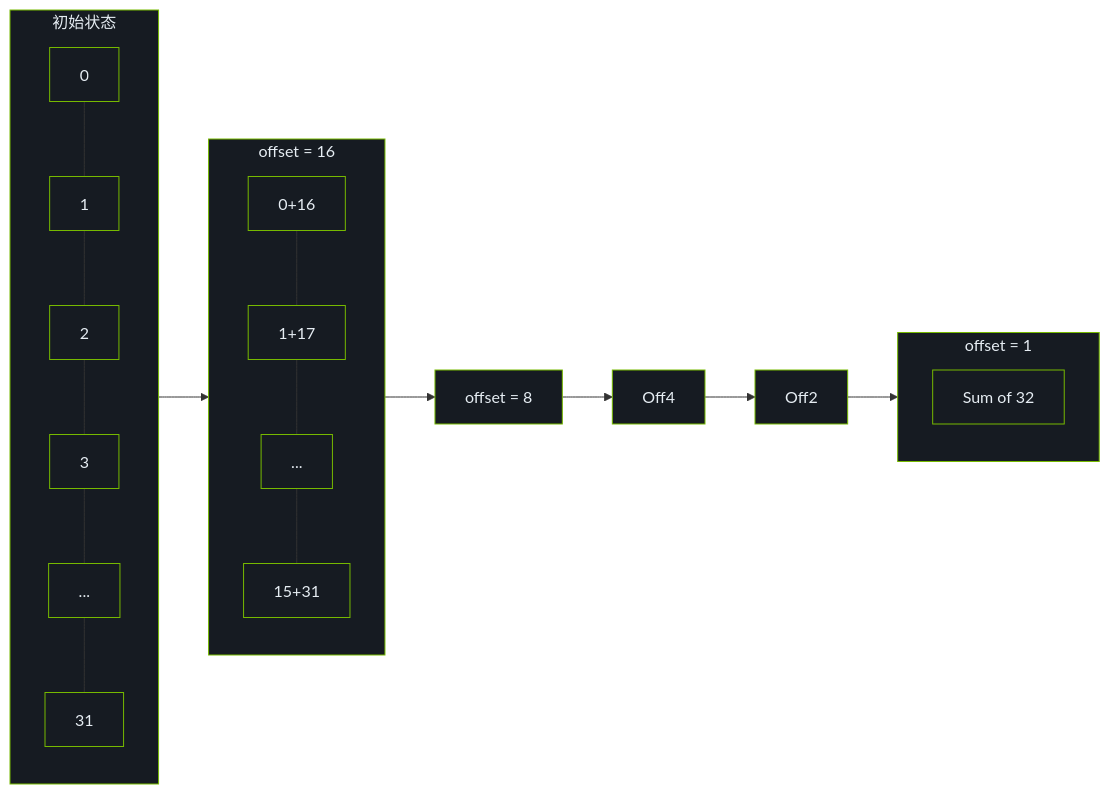
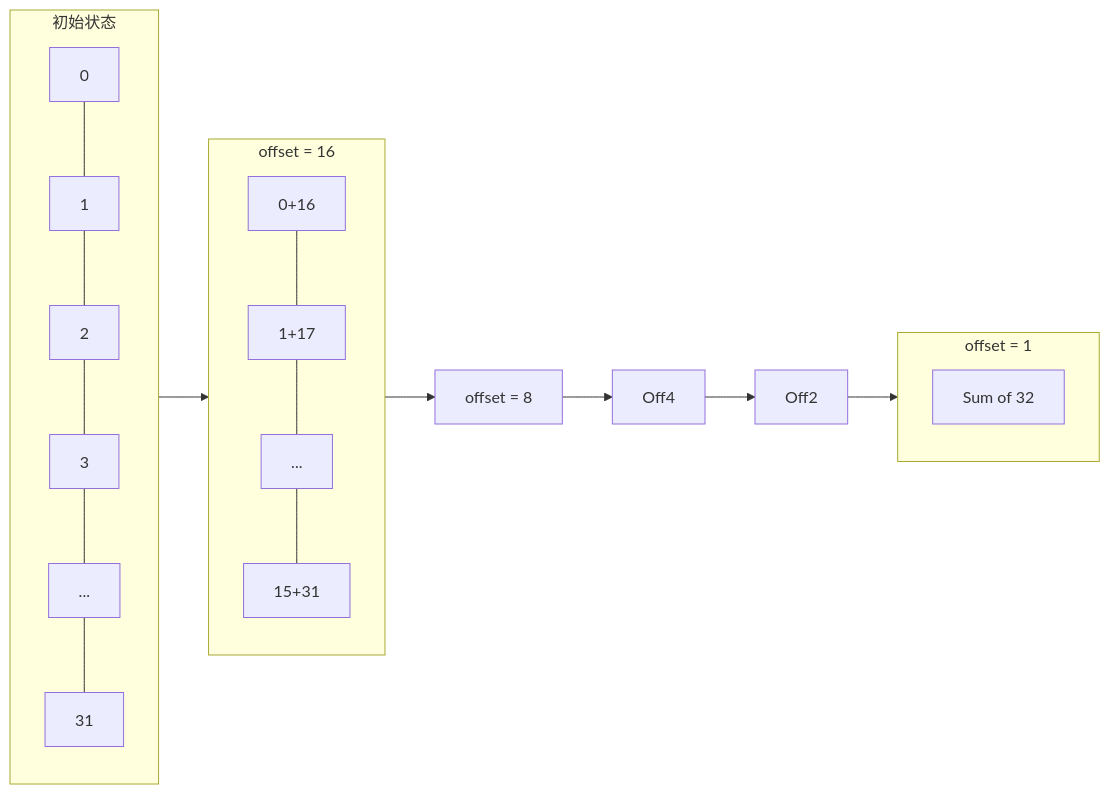
Before and after one commit to LessUp/cuda-kernel-academy: the diagram in docs/zh/modules/03/reduction-optimization.md, drawn with Mermaid. The commit also changed 45 other files, not shown here.

````diff
--- a/docs/zh/modules/03/reduction-optimization.md
+++ b/docs/zh/modules/03/reduction-optimization.md
@@ -51,34 +51,17 @@
 ```mermaid
 flowchart LR
     subgraph Init["初始状态"]
         I0["0"] --- I1["1"] --- I2["2"] --- I3["3"] --- I4["..."] --- I31["31"]
     end
 
     subgraph Off16["offset = 16"]
         O0["0+16"] --- O1["1+17"] --- O2["..."] --- O15["15+31"]
     end
 
     subgraph Off1["offset = 1"]
         F0["Sum of 32"]
     end
 
     Init --> Off16 --> Off8["offset = 8"] --> Off4 --> Off2 --> Off1
 
-    style Init fill:#161b22,stroke:#76B900,color:#e6edf3
-    style Off16 fill:#161b22,stroke:#76B900,color:#e6edf3
-    style Off8 fill:#161b22,stroke:#76B900,color:#e6edf3
-    style Off4 fill:#161b22,stroke:#76B900,color:#e6edf3
-    style Off2 fill:#161b22,stroke:#76B900,color:#e6edf3
-    style Off1 fill:#161b22,stroke:#76B900,color:#e6edf3
-    style I0 fill:#161b22,stroke:#76B900,color:#e6edf3
-    style I1 fill:#161b22,stroke:#76B900,color:#e6edf3
-    style I2 fill:#161b22,stroke:#76B900,color:#e6edf3
-    style I3 fill:#161b22,stroke:#76B900,color:#e6edf3
-    style I4 fill:#161b22,stroke:#76B900,color:#e6edf3
-    style I31 fill:#161b22,stroke:#76B900,color:#e6edf3
-    style O0 fill:#161b22,stroke:#76B900,color:#e6edf3
-    style O1 fill:#161b22,stroke:#76B900,color:#e6edf3
-    style O2 fill:#161b22,stroke:#76B900,color:#e6edf3
-    style O15 fill:#161b22,stroke:#76B900,color:#e6edf3
-    style F0 fill:#161b22,stroke:#76B900,color:#e6edf3
 ```
````
